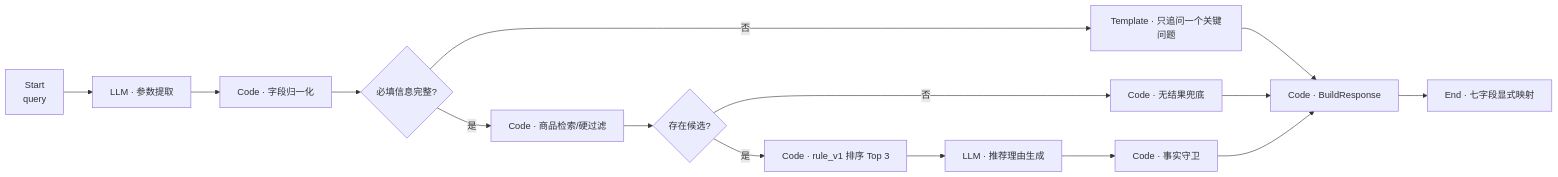
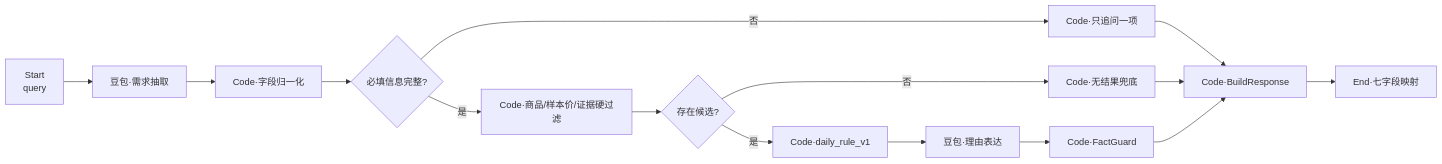
Before and after one commit to LICHENGYAN0316/coze: the diagram in workflow/workflow-spec.md, drawn with Mermaid. The commit also changed other lines of this file and 31 other files, not shown here.

````diff
--- a/workflow/workflow-spec.md
+++ b/workflow/workflow-spec.md
@@ -13,17 +19,17 @@
 ```mermaid
 flowchart LR
-    A[Start\nquery] --> B[LLM · 参数提取]
-    B --> C[Code · 字段归一化]
+    A[Start\nquery] --> B[豆包·需求抽取]
+    B --> C[Code·字段归一化]
     C --> D{必填信息完整?}
-    D -- 否 --> E[Template · 只追问一个关键问题]
-    E --> M[Code · BuildResponse]
-    D -- 是 --> F[Code · 商品检索/硬过滤]
+    D -- 否 --> E[Code·只追问一项]
+    E --> M[Code·BuildResponse]
+    D -- 是 --> F[Code·商品/样本价/证据硬过滤]
     F --> G{存在候选?}
-    G -- 否 --> H[Code · 无结果兜底]
+    G -- 否 --> H[Code·无结果兜底]
     H --> M
-    G -- 是 --> I[Code · rule_v1 排序 Top 3]
-    I --> J[LLM · 推荐理由生成]
-    J --> L[Code · 事实守卫]
+    G -- 是 --> I[Code·daily_rule_v1]
+    I --> J[豆包·理由表达]
+    J --> L[Code·FactGuard]
     L --> M
-    M --> K[End · 七字段显式映射]
+    M --> K[End·七字段映射]
 ```
````
